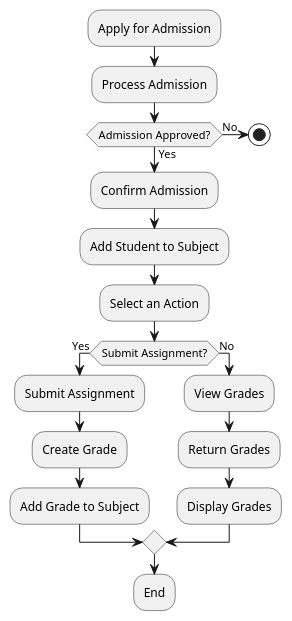
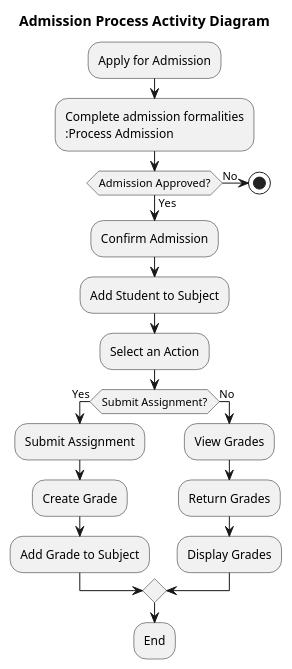
The diagram in Activity.puml (Sahil1529/School-UML-Diagrams), drawn with PlantUML before and after one commit.

Commit message:
Activity.puml is updated

```diff
--- a/Activity.puml
+++ b/Activity.puml
@@ -1,26 +1,28 @@
 @startuml Activity
 
+title Admission Process Activity Diagram
+
 :Apply for Admission;
-
+:Complete admission formalities
 :Process Admission;
 if (Admission Approved?) then (Yes)
     :Confirm Admission;
 else (No)
     stop
 endif
 
 :Add Student to Subject;
 
 :Select an Action;
 if (Submit Assignment?) then (Yes)
     :Submit Assignment;
     :Create Grade;
     :Add Grade to Subject;
 else (No)
      :View Grades;
      :Return Grades;
      :Display Grades;
 endif
 
 :End;
 @enduml
```
